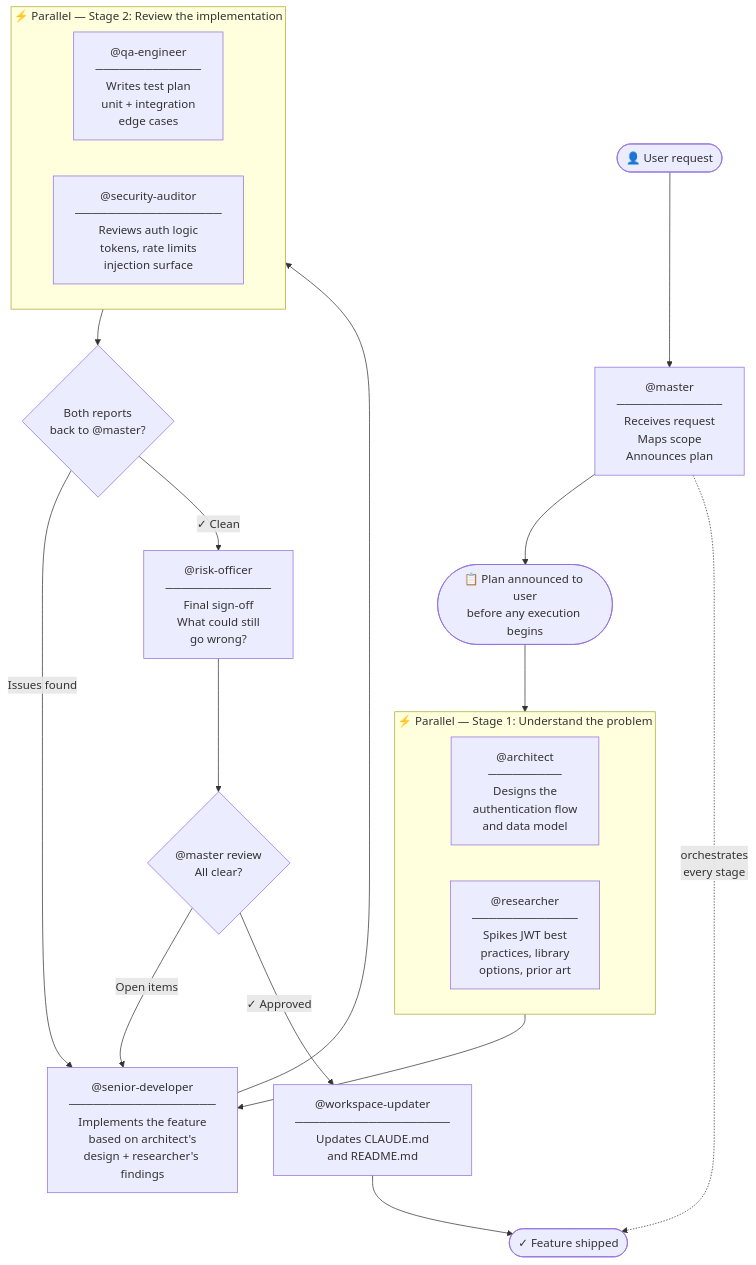
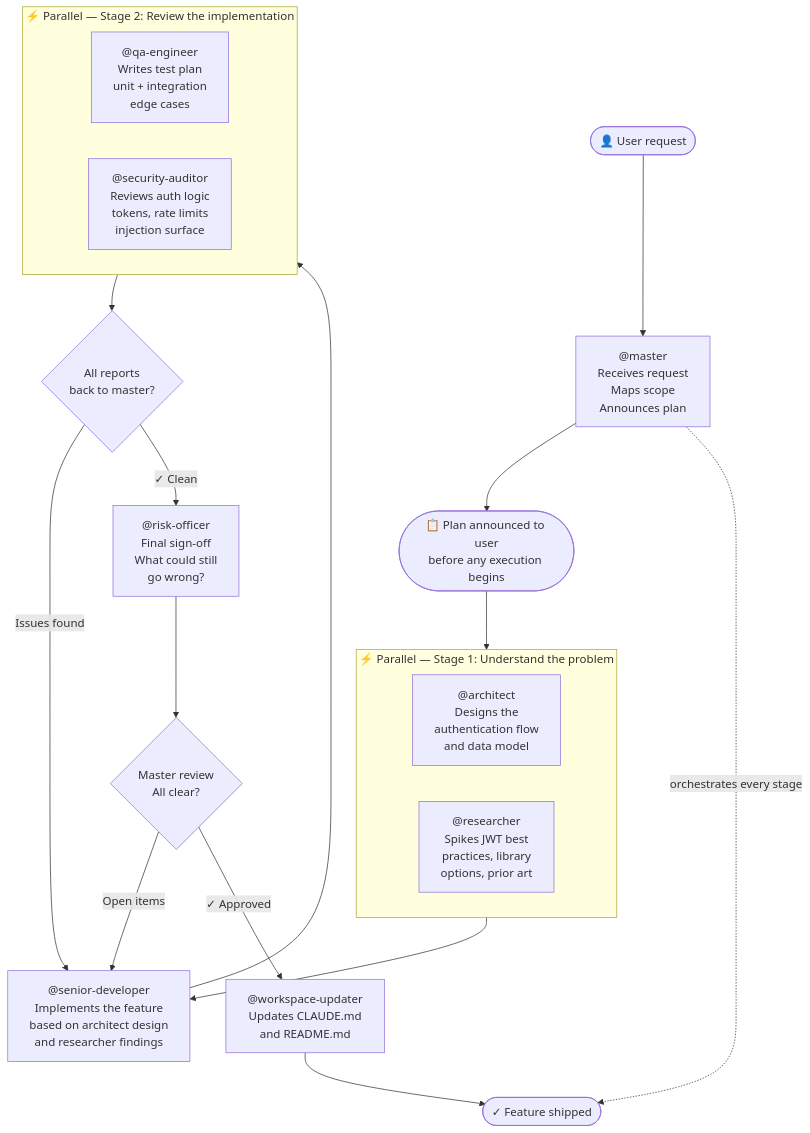
One commit to Konstantinos-Sakellariou/claude-team-kit changed the first of 3 diagrams in docs/AGENT_WORKFLOWS.md. Above: the diagram before and after it, drawn with Mermaid. The commit also changed other lines of this file and 1 other file, not shown here.

First line of the commit message:
fix(docs): correct Mermaid parse errors in workflow diagrams

````diff
--- a/docs/AGENT_WORKFLOWS.md
+++ b/docs/AGENT_WORKFLOWS.md
@@ -21,46 +21,46 @@
 ```mermaid
 flowchart TD
     USER(["👤 User request"])
     USER --> MASTER
 
-    MASTER["@master\n─────────────\nReceives request\nMaps scope\nAnnounces plan"]
+    MASTER["@master\nReceives request\nMaps scope\nAnnounces plan"]
 
     MASTER --> PLAN(["📋 Plan announced to user\nbefore any execution begins"])
 
     PLAN --> STAGE1
 
     subgraph STAGE1 ["⚡ Parallel — Stage 1: Understand the problem"]
         direction LR
-        ARCH["@architect\n─────────\nDesigns the\nauthentication flow\nand data model"]
-        RESEARCHER["@researcher\n─────────────\nSpikes JWT best\npractices, library\noptions, prior art"]
+        ARCH["@architect\nDesigns the\nauthentication flow\nand data model"]
+        RESEARCHER["@researcher\nSpikes JWT best\npractices, library\noptions, prior art"]
     end
 
     STAGE1 --> DEV
 
-    DEV["@senior-developer\n──────────────────\nImplements the feature\nbased on architect's\ndesign + researcher's findings"]
+    DEV["@senior-developer\nImplements the feature\nbased on architect design\nand researcher findings"]
 
     DEV --> STAGE2
 
     subgraph STAGE2 ["⚡ Parallel — Stage 2: Review the implementation"]
         direction LR
-        QA["@qa-engineer\n─────────────\nWrites test plan\nunit + integration\nedge cases"]
-        SEC["@security-auditor\n──────────────────\nReviews auth logic\ntokens, rate limits\ninjection surface"]
+        QA["@qa-engineer\nWrites test plan\nunit + integration\nedge cases"]
+        SEC["@security-auditor\nReviews auth logic\ntokens, rate limits\ninjection surface"]
     end
 
-    STAGE2 --> GATE1{Both reports\nback to @master?}
+    STAGE2 --> GATE1{"All reports\nback to master?"}
 
     GATE1 -->|"Issues found"| DEV
     GATE1 -->|"✓ Clean"| RISK
 
-    RISK["@risk-officer\n─────────────\nFinal sign-off\nWhat could still\ngo wrong?"]
+    RISK["@risk-officer\nFinal sign-off\nWhat could still\ngo wrong?"]
 
-    RISK --> GATE2{"@master review\nAll clear?"}
+    RISK --> GATE2{"Master review\nAll clear?"}
     GATE2 -->|"Open items"| DEV
     GATE2 -->|"✓ Approved"| WU
 
-    WU["@workspace-updater\n───────────────────\nUpdates CLAUDE.md\nand README.md"]
+    WU["@workspace-updater\nUpdates CLAUDE.md\nand README.md"]
 
     WU --> DONE(["✓ Feature shipped"])
 
-    MASTER -. "orchestrates\nevery stage" .-> DONE
+    MASTER -. "orchestrates every stage" .-> DONE
 ```
````
